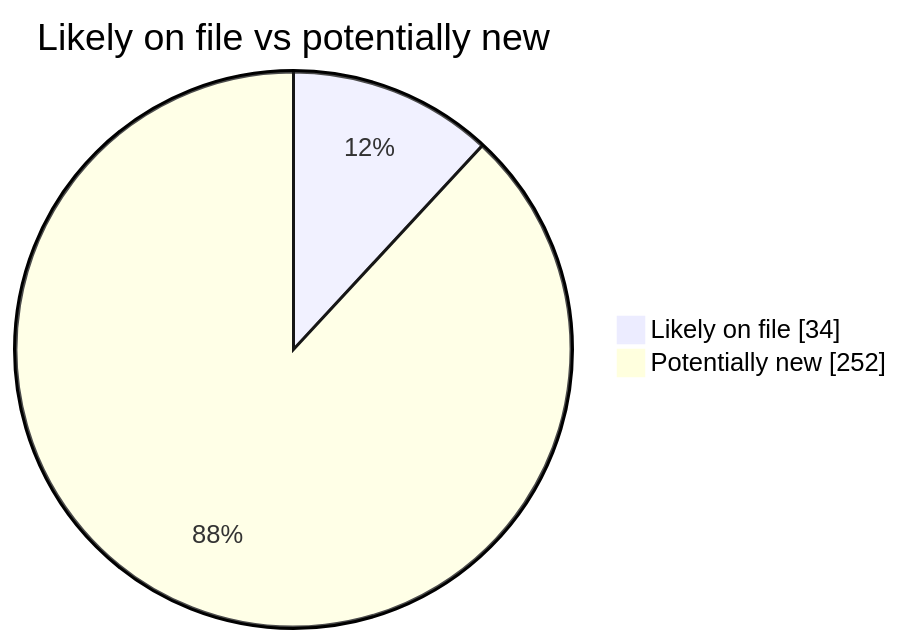
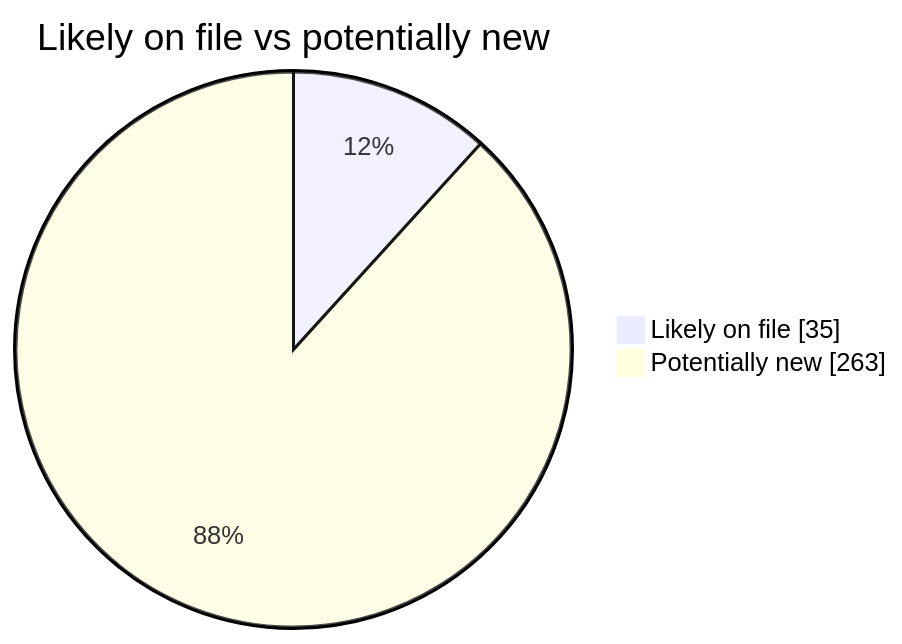
Before and after one commit to martinbalfanz/social-scanner-reports: the second of 4 diagrams in README.md, drawn with Mermaid. The commit also changed other lines of this file and 2 other files, not shown here.

````diff
--- a/README.md
+++ b/README.md
@@ -40,5 +40,5 @@
 ```mermaid
 pie showData title Likely on file vs potentially new
-    "Likely on file" : 34
-    "Potentially new" : 252
+    "Likely on file" : 35
+    "Potentially new" : 263
 ```
````
